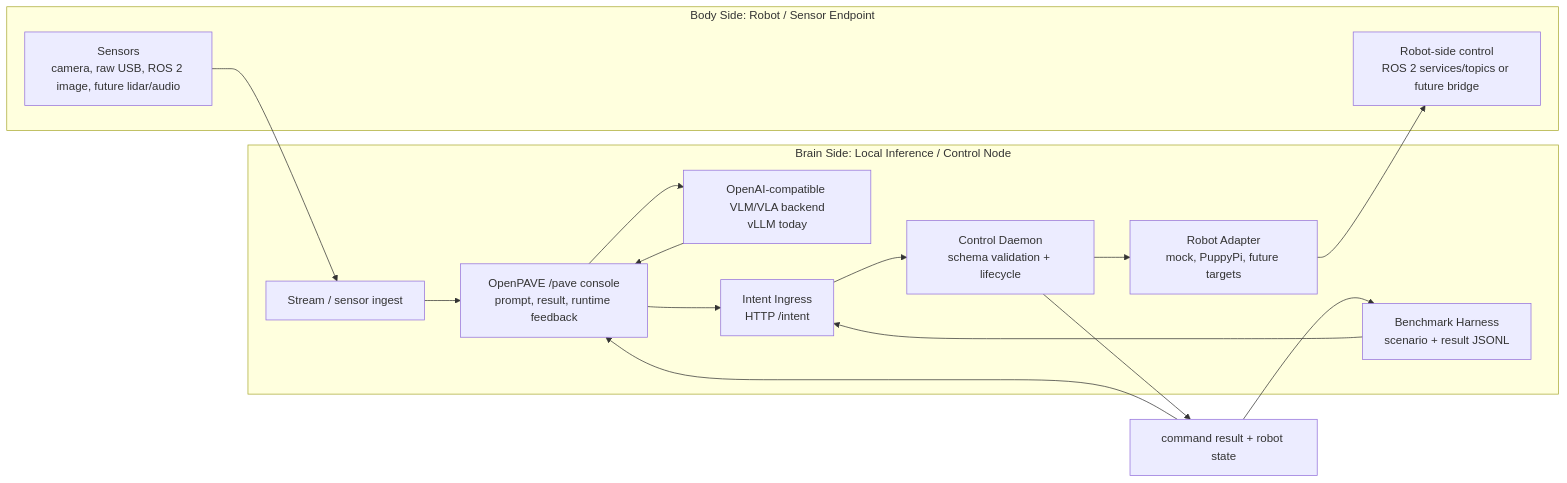
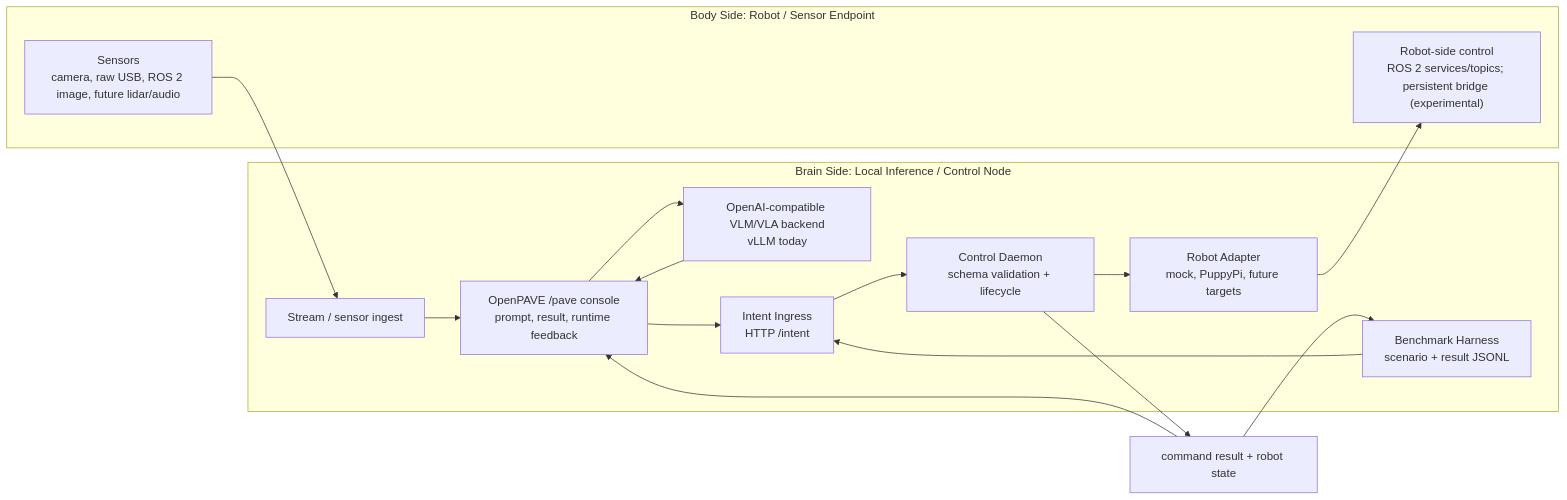
The diagram in README.md (odincodeshen/OpenPAVE), drawn with Mermaid before and after one commit. The commit also changed other lines of this file and 4 other files, not shown here.

````diff
--- a/README.md
+++ b/README.md
@@ -73,26 +73,26 @@
 ```mermaid
 flowchart LR
     subgraph Body["Body Side: Robot / Sensor Endpoint"]
         Sensors["Sensors\ncamera, raw USB, ROS 2 image, future lidar/audio"]
-        RobotCtl["Robot-side control\nROS 2 services/topics or future bridge"]
+        RobotCtl["Robot-side control\nROS 2 services/topics; persistent bridge (experimental)"]
     end
 
     subgraph Brain["Brain Side: Local Inference / Control Node"]
         Stream["Stream / sensor ingest"]
         VLM["OpenAI-compatible VLM/VLA backend\nvLLM today"]
         UI["OpenPAVE /pave console\nprompt, result, runtime feedback"]
         Ingress["Intent Ingress\nHTTP /intent"]
         Daemon["Control Daemon\nschema validation + lifecycle"]
         Adapter["Robot Adapter\nmock, PuppyPi, future targets"]
         Bench["Benchmark Harness\nscenario + result JSONL"]
     end
 
     Sensors --> Stream --> UI
     UI --> VLM --> UI
     UI --> Ingress
     Ingress --> Daemon --> Adapter --> RobotCtl
     Daemon --> Result["command result + robot state"]
     Result --> UI
     Bench --> Ingress
     Result --> Bench
 ```
````
